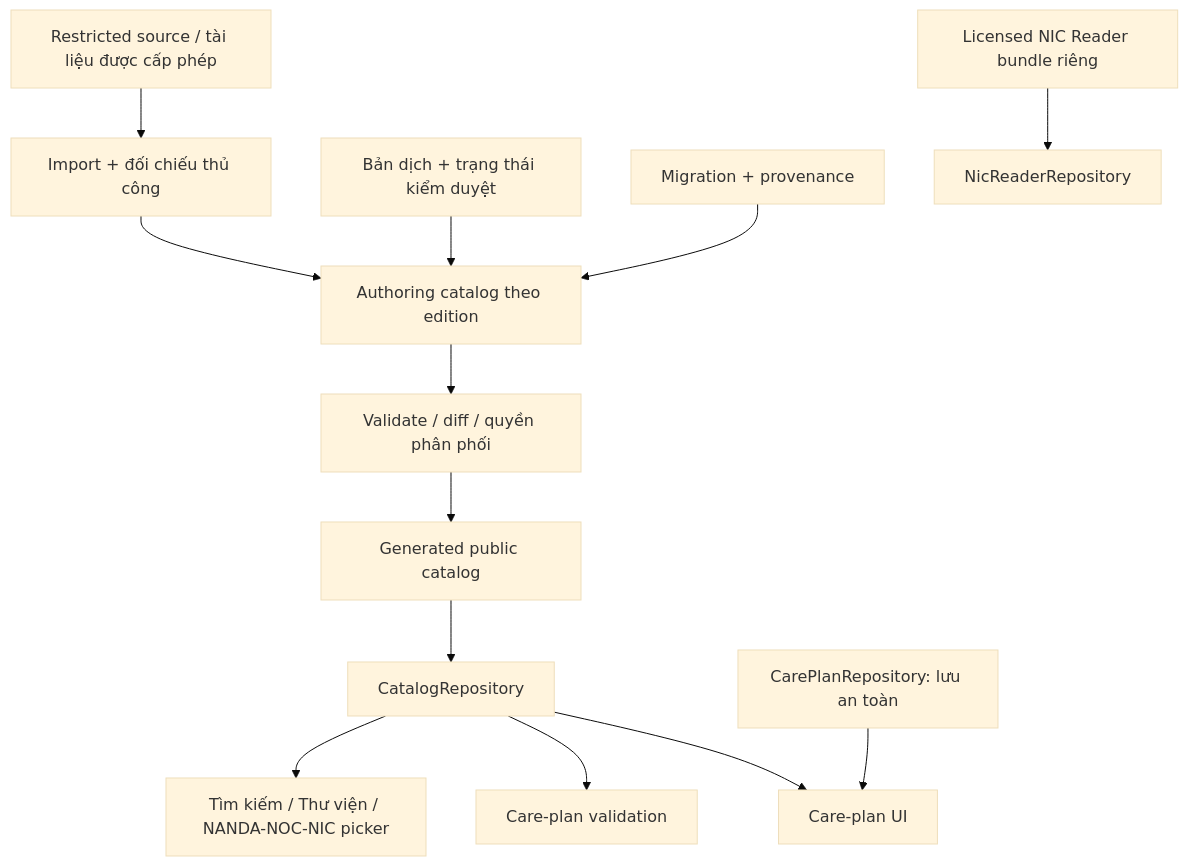
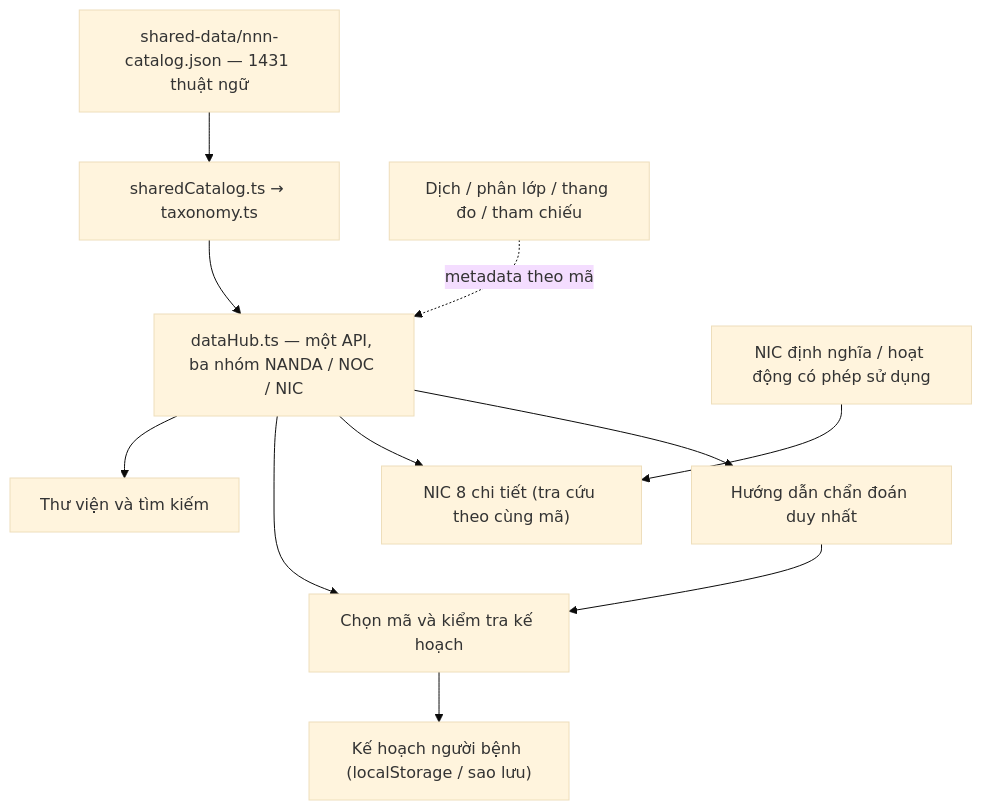
Before and after one commit to nldanh13/CNNN: the diagram in docs/DATA_ARCHITECTURE.md, drawn with Mermaid (base theme). The commit also changed other lines of this file, not shown here.

Commit message:
docs: enforce exactly three canonical NNN systems and one diagnostic guidance

```diff
--- a/docs/DATA_ARCHITECTURE.md
+++ b/docs/DATA_ARCHITECTURE.md
@@ -188,15 +19,13 @@
 ~~~mermaid
 flowchart TD
-  A[Restricted source / tài liệu được cấp phép] --> B[Import + đối chiếu thủ công]
-  B --> C[Authoring catalog theo edition]
-  D[Bản dịch + trạng thái kiểm duyệt] --> C
-  E[Migration + provenance] --> C
-  C --> F[Validate / diff / quyền phân phối]
-  F --> G[Generated public catalog]
-  G --> H[CatalogRepository]
-  H --> I[Tìm kiếm / Thư viện / NANDA-NOC-NIC picker]
-  H --> J[Care-plan validation]
-  K[Licensed NIC Reader bundle riêng] --> L[NicReaderRepository]
-  M[CarePlanRepository: lưu an toàn] --> N[Care-plan UI]
-  H --> N
+  A["shared-data/nnn-catalog.json — 1431 thuật ngữ"] --> B["sharedCatalog.ts → taxonomy.ts"]
+  B --> C["dataHub.ts — một API, ba nhóm NANDA / NOC / NIC"]
+  C --> D["Thư viện và tìm kiếm"]
+  C --> E["Chọn mã và kiểm tra kế hoạch"]
+  C --> F["NIC 8 chi tiết (tra cứu theo cùng mã)"]
+  G["NIC định nghĩa / hoạt động có phép sử dụng"] --> F
+  C --> H["Hướng dẫn chẩn đoán duy nhất"]
+  H --> E
+  I["Dịch / phân lớp / thang đo / tham chiếu"] -. "metadata theo mã" .-> C
+  E --> J["Kế hoạch người bệnh (localStorage / sao lưu)"]
 ~~~
```
